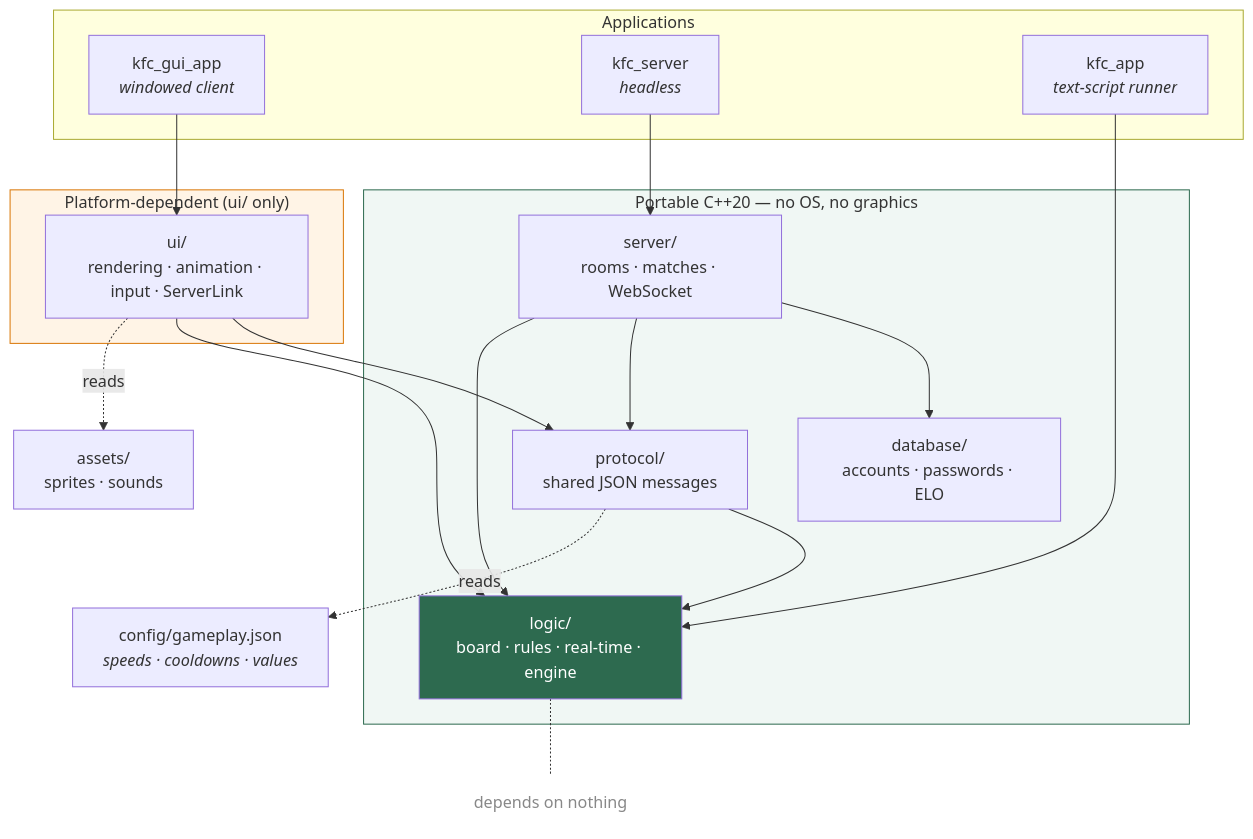
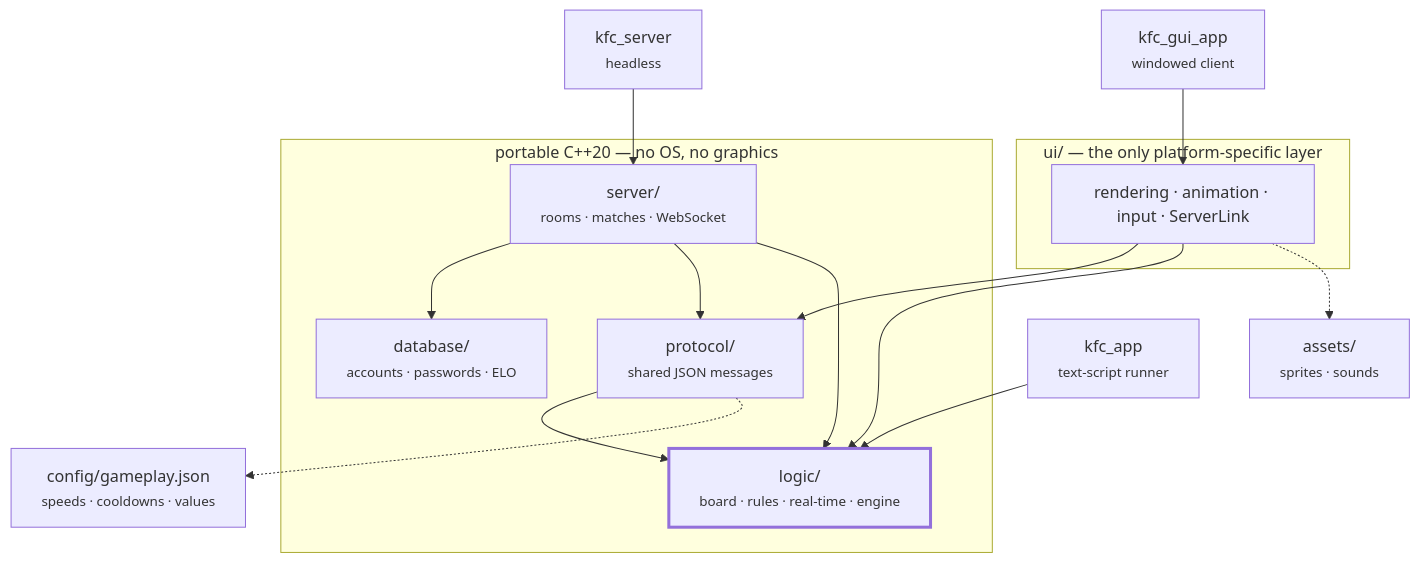
Before and after one commit to leagross/Kung_fu_Chess_: the diagram in README.md, drawn with Mermaid. The commit also changed other lines of this file and 7 other files, not shown here.

````diff
--- a/README.md
+++ b/README.md
@@ -170,44 +170,38 @@
 ```mermaid
 flowchart TD
-    subgraph app["Applications"]
-        GUI["kfc_gui_app<br/><i>windowed client</i>"]
-        SRV["kfc_server<br/><i>headless</i>"]
-        CLI["kfc_app<br/><i>text-script runner</i>"]
+    GUI["kfc_gui_app<br/><small>windowed client</small>"]
+    SRV["kfc_server<br/><small>headless</small>"]
+    CLI["kfc_app<br/><small>text-script runner</small>"]
+
+    subgraph plat["ui/ — the only platform-specific layer"]
+        UI["rendering · animation · input · ServerLink"]
     end
 
-    subgraph plat["Platform-dependent (ui/ only)"]
-        UI["ui/<br/>rendering · animation · input · ServerLink"]
+    subgraph portable["portable C++20 — no OS, no graphics"]
+        SERVER["server/<br/><small>rooms · matches · WebSocket</small>"]
+        DB["database/<br/><small>accounts · passwords · ELO</small>"]
+        PROTO["protocol/<br/><small>shared JSON messages</small>"]
+        LOGIC["logic/<br/><small>board · rules · real-time · engine</small>"]
     end
 
-    subgraph portable["Portable C++20 — no OS, no graphics"]
-        SERVER["server/<br/>rooms · matches · WebSocket"]
-        DB["database/<br/>accounts · passwords · ELO"]
-        PROTO["protocol/<br/>shared JSON messages"]
-        LOGIC["logic/<br/>board · rules · real-time · engine"]
-    end
-
-    ASSETS["assets/<br/>sprites · sounds"]
-    CONFIG["config/gameplay.json<br/><i>speeds · cooldowns · values</i>"]
+    ASSETS["assets/<br/><small>sprites · sounds</small>"]
+    CONFIG["config/gameplay.json<br/><small>speeds · cooldowns · values</small>"]
 
     GUI --> UI
     CLI --> LOGIC
     SRV --> SERVER
 
     UI --> PROTO
     UI --> LOGIC
-    UI -.reads.-> ASSETS
+    UI -.-> ASSETS
 
     SERVER --> DB
     SERVER --> PROTO
     SERVER --> LOGIC
 
     PROTO --> LOGIC
+    PROTO -.-> CONFIG
 
-    PROTO -.reads.-> CONFIG
-    LOGIC -.- nothing["depends on nothing"]
-
-    style LOGIC fill:#2d6a4f,color:#fff
-    style portable fill:#f0f7f4,stroke:#2d6a4f
-    style plat fill:#fff4e6,stroke:#d97706
-    style nothing fill:none,stroke:none,color:#888
+    classDef core stroke-width:3px
+    class LOGIC core
 ```
````
